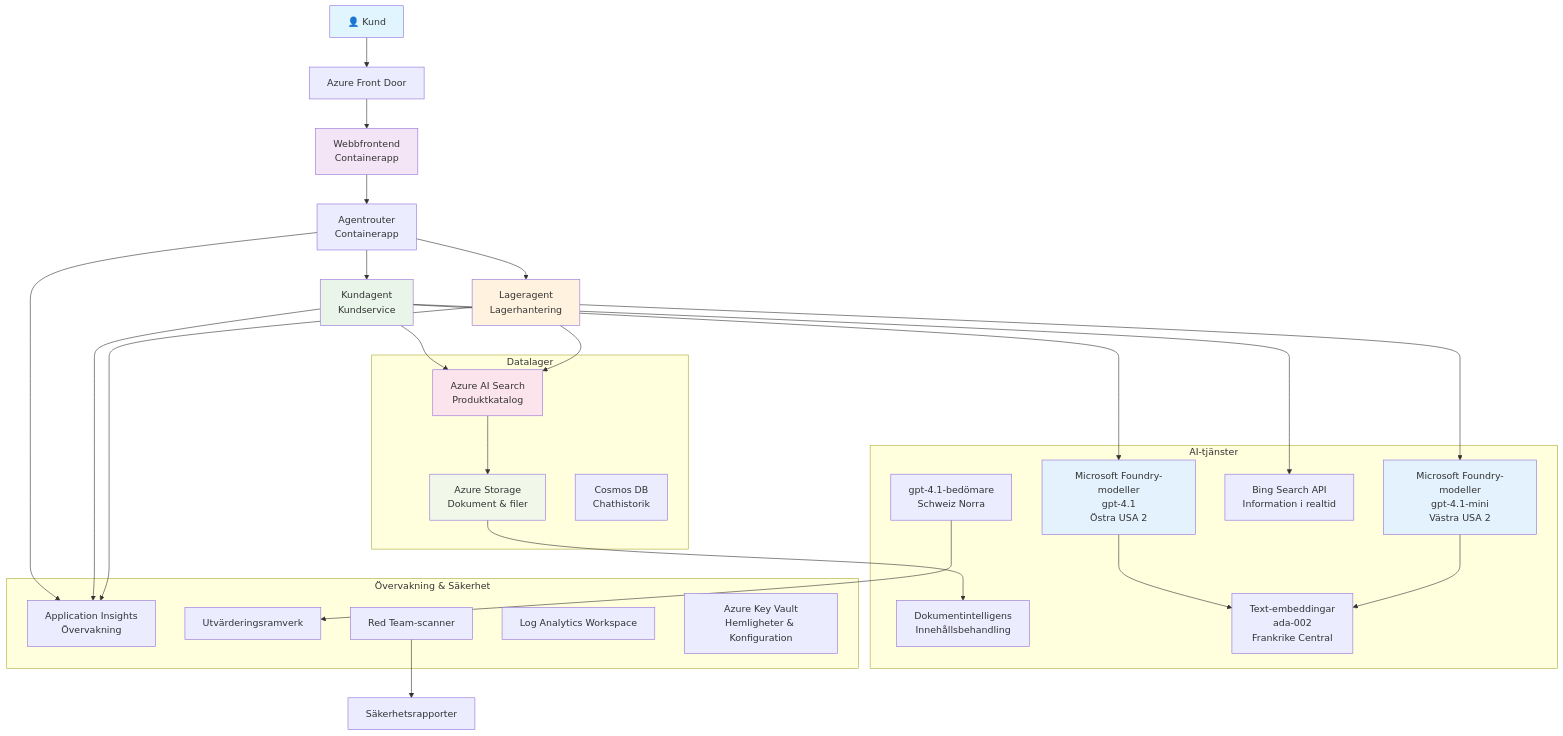
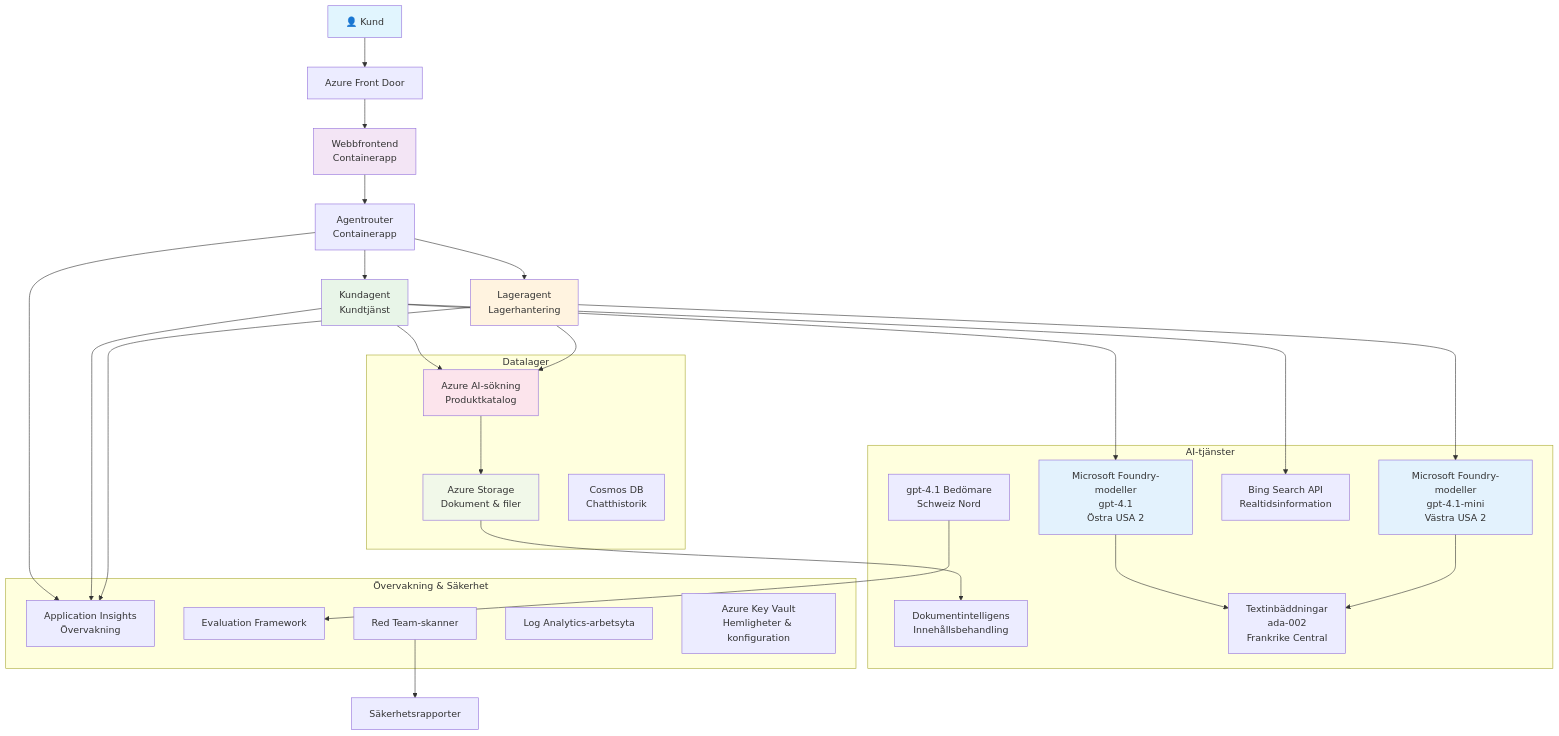
One commit to microsoft/AZD-for-beginners changed the diagram in translations/sv/examples/retail-scenario.md. Above: the diagram before and after it, drawn with Mermaid. The commit also changed other lines of this file and 104 other files, not shown here.

````diff
--- a/translations/sv/examples/retail-scenario.md
+++ b/translations/sv/examples/retail-scenario.md
@@ -139,61 +139,61 @@
 ```mermaid
 graph TB
     User[👤 Kund] --> LB[Azure Front Door]
     LB --> WebApp[Webbfrontend<br/>Containerapp]
     
     WebApp --> Router[Agentrouter<br/>Containerapp]
-    Router --> CustomerAgent[Kundagent<br/>Kundservice]
+    Router --> CustomerAgent[Kundagent<br/>Kundtjänst]
     Router --> InvAgent[Lageragent<br/>Lagerhantering]
     
     CustomerAgent --> OpenAI1[Microsoft Foundry-modeller<br/>gpt-4.1<br/>Östra USA 2]
     InvAgent --> OpenAI2[Microsoft Foundry-modeller<br/>gpt-4.1-mini<br/>Västra USA 2]
     
-    CustomerAgent --> AISearch[Azure AI Search<br/>Produktkatalog]
-    CustomerAgent --> BingSearch[Bing Search API<br/>Information i realtid]
+    CustomerAgent --> AISearch[Azure AI-sökning<br/>Produktkatalog]
+    CustomerAgent --> BingSearch[Bing Search API<br/>Realtidsinformation]
     InvAgent --> AISearch
     
     AISearch --> Storage[Azure Storage<br/>Dokument & filer]
     Storage --> DocIntel[Dokumentintelligens<br/>Innehållsbehandling]
     
-    OpenAI1 --> Embeddings[Text-embeddingar<br/>ada-002<br/>Frankrike Central]
+    OpenAI1 --> Embeddings[Textinbäddningar<br/>ada-002<br/>Frankrike Central]
     OpenAI2 --> Embeddings
     
     Router --> AppInsights[Application Insights<br/>Övervakning]
     CustomerAgent --> AppInsights
     InvAgent --> AppInsights
     
-    GraderModel[gpt-4.1-bedömare<br/>Schweiz Norra] --> Evaluation[Utvärderingsramverk]
-    RedTeam[Red Team-scanner] --> SecurityReports[Säkerhetsrapporter]
+    GraderModel[gpt-4.1 Bedömare<br/>Schweiz Nord] --> Evaluation[Evaluation Framework]
+    RedTeam[Red Team-skanner] --> SecurityReports[Säkerhetsrapporter]
     
     subgraph "Datalager"
         Storage
         AISearch
-        CosmosDB[Cosmos DB<br/>Chathistorik]
+        CosmosDB[Cosmos DB<br/>Chatthistorik]
     end
     
     subgraph "AI-tjänster"
         OpenAI1
         OpenAI2
         Embeddings
         GraderModel
         DocIntel
         BingSearch
     end
     
     subgraph "Övervakning & Säkerhet"
         AppInsights
-        LogAnalytics[Log Analytics Workspace]
-        KeyVault[Azure Key Vault<br/>Hemligheter & Konfiguration]
+        LogAnalytics[Log Analytics-arbetsyta]
+        KeyVault[Azure Key Vault<br/>Hemligheter & konfiguration]
         RedTeam
         Evaluation
     end
     
     style User fill:#e1f5fe
     style WebApp fill:#f3e5f5
     style CustomerAgent fill:#e8f5e8
     style InvAgent fill:#fff3e0
     style OpenAI1 fill:#e3f2fd
     style OpenAI2 fill:#e3f2fd
     style AISearch fill:#fce4ec
     style Storage fill:#f1f8e9
 ```
````
